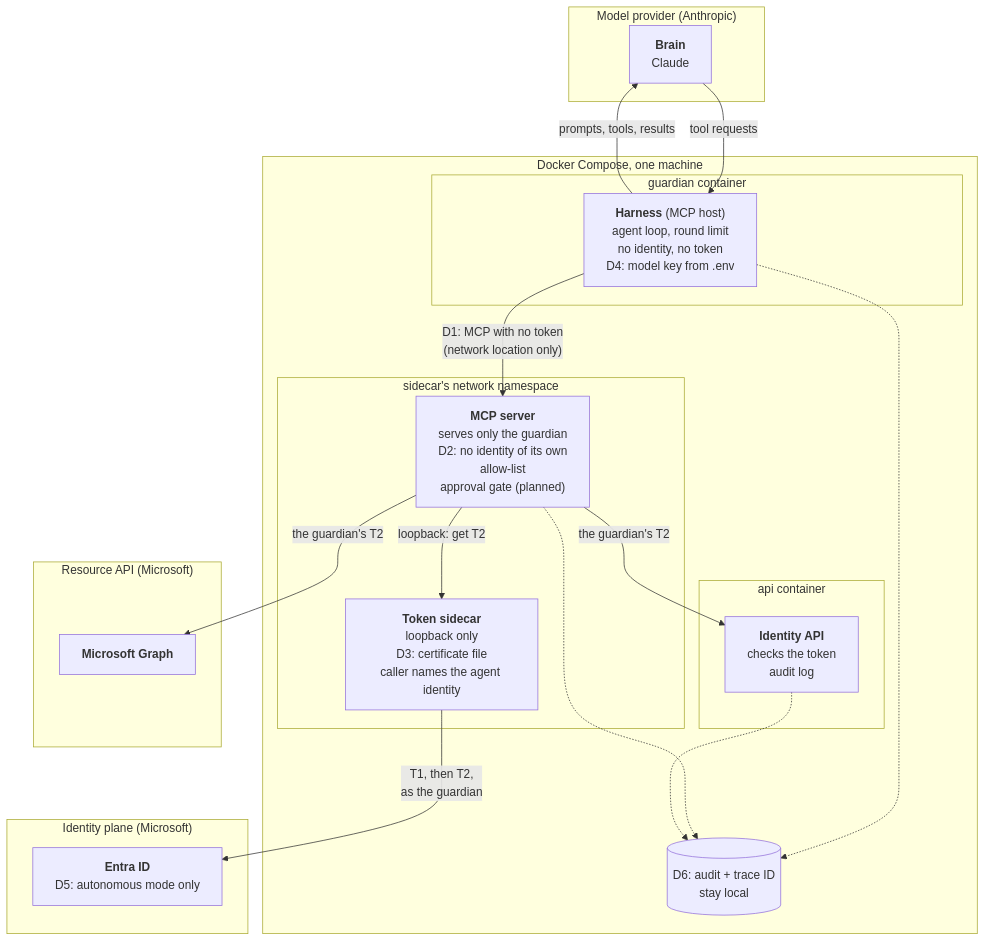
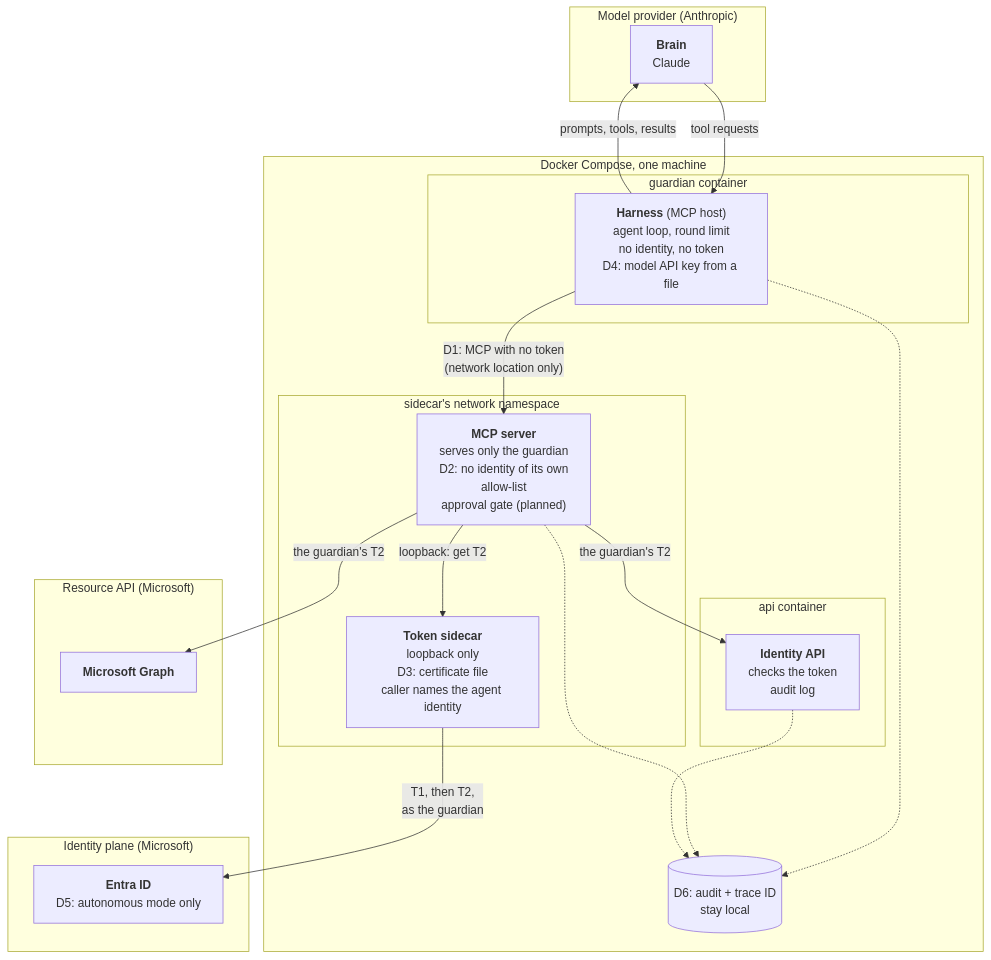
One commit to alireza-mpr/agent-steward changed the fourth of 5 diagrams in docs/agent-architecture.md. Above: the diagram before and after it, drawn with Mermaid. The commit also changed other lines of this file and 3 other files, not shown here.

Commit message:
docs: decision log (ADR-001), MCP security rules, harness authentication, credential types and per-API scope

````diff
--- a/docs/agent-architecture.md
+++ b/docs/agent-architecture.md
@@ -202,39 +256,39 @@
 ```mermaid
 flowchart TB
     subgraph PROVIDER["Model provider (Anthropic)"]
         BRAIN["<b>Brain</b><br/>Claude"]
     end
 
     subgraph COMPOSE["Docker Compose, one machine"]
         subgraph GCONT["guardian container"]
-            HARNESS["<b>Harness</b> (MCP host)<br/>agent loop, round limit<br/>no identity, no token<br/>D4: model key from .env"]
+            HARNESS["<b>Harness</b> (MCP host)<br/>agent loop, round limit<br/>no identity, no token<br/>D4: model API key from a file"]
         end
         subgraph NS["sidecar's network namespace"]
             MCP["<b>MCP server</b><br/>serves only the guardian<br/>D2: no identity of its own<br/>allow-list<br/>approval gate (planned)"]
             SIDECAR["<b>Token sidecar</b><br/>loopback only<br/>D3: certificate file<br/>caller names the agent identity"]
         end
         subgraph ACONT["api container"]
             API["<b>Identity API</b><br/>checks the token<br/>audit log"]
         end
         LOGS[("D6: audit + trace ID<br/>stay local")]
     end
 
     subgraph IDP["Identity plane (Microsoft)"]
         ENTRA["<b>Entra ID</b><br/>D5: autonomous mode only"]
     end
 
     subgraph RES["Resource API (Microsoft)"]
         GRAPH["<b>Microsoft Graph</b>"]
     end
 
     HARNESS -- "prompts, tools, results" --> BRAIN
     BRAIN -- "tool requests" --> HARNESS
     HARNESS -- "D1: MCP with no token<br/>(network location only)" --> MCP
     MCP -- "loopback: get T2" --> SIDECAR
     SIDECAR -- "T1, then T2,<br/>as the guardian" --> ENTRA
     MCP -- "the guardian's T2" --> GRAPH
     MCP -- "the guardian's T2" --> API
     HARNESS -.-> LOGS
     MCP -.-> LOGS
     API -.-> LOGS
 ```
````
